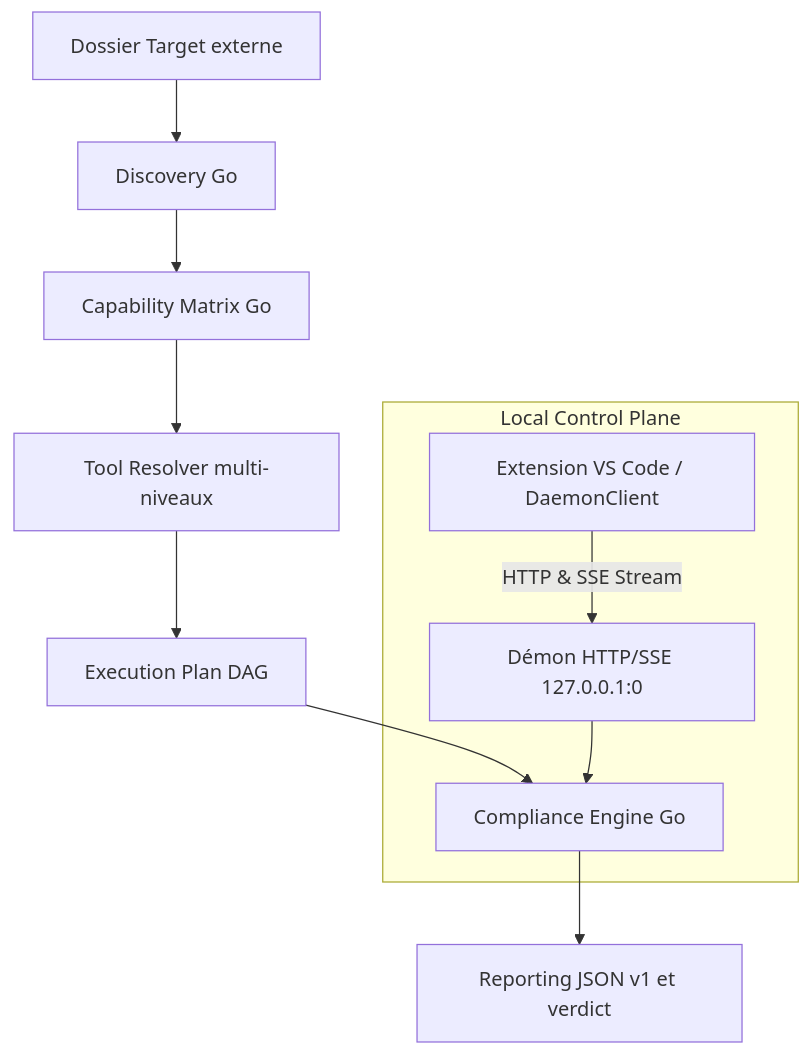
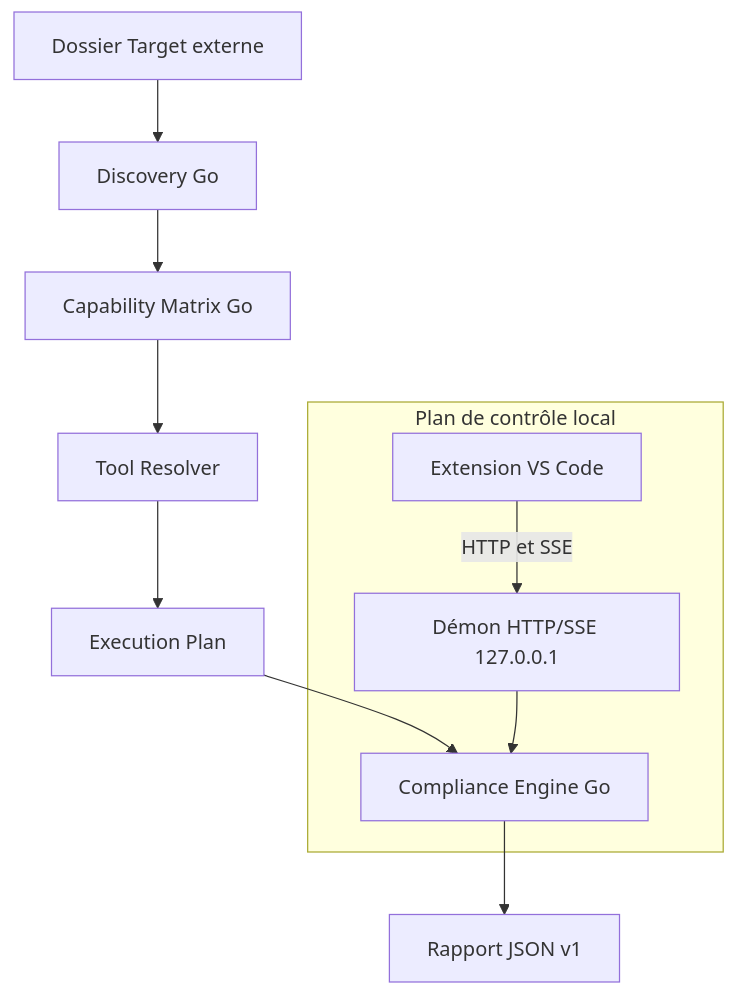
Before and after one commit to LORD-SOUPEX/Compliance_Platform: the diagram in docs/architecture.md, drawn with Mermaid. The commit also changed other lines of this file and 30 other files, not shown here.

````diff
--- a/docs/architecture.md
+++ b/docs/architecture.md
@@ -9,14 +7,13 @@
 ```mermaid
 flowchart TD
     Target[Dossier Target externe] --> Discovery[Discovery Go]
     Discovery --> Matrix[Capability Matrix Go]
-    Matrix --> Resolver[Tool Resolver multi-niveaux]
-    Resolver --> Plan[Execution Plan DAG]
+    Matrix --> Resolver[Tool Resolver]
+    Resolver --> Plan[Execution Plan]
     Plan --> Engine[Compliance Engine Go]
-    Engine --> Report[Reporting JSON v1 et verdict]
-    
-    subgraph Local Control Plane
-        Daemon[Démon HTTP/SSE 127.0.0.1:0] --> Engine
-        VSCode[Extension VS Code / DaemonClient] -->|HTTP & SSE Stream| Daemon
+    Engine --> Report[Rapport JSON v1]
+    subgraph Local[Plan de contrôle local]
+        Daemon[Démon HTTP/SSE 127.0.0.1] --> Engine
+        VSCode[Extension VS Code] -->|HTTP et SSE| Daemon
     end
 ```
````
